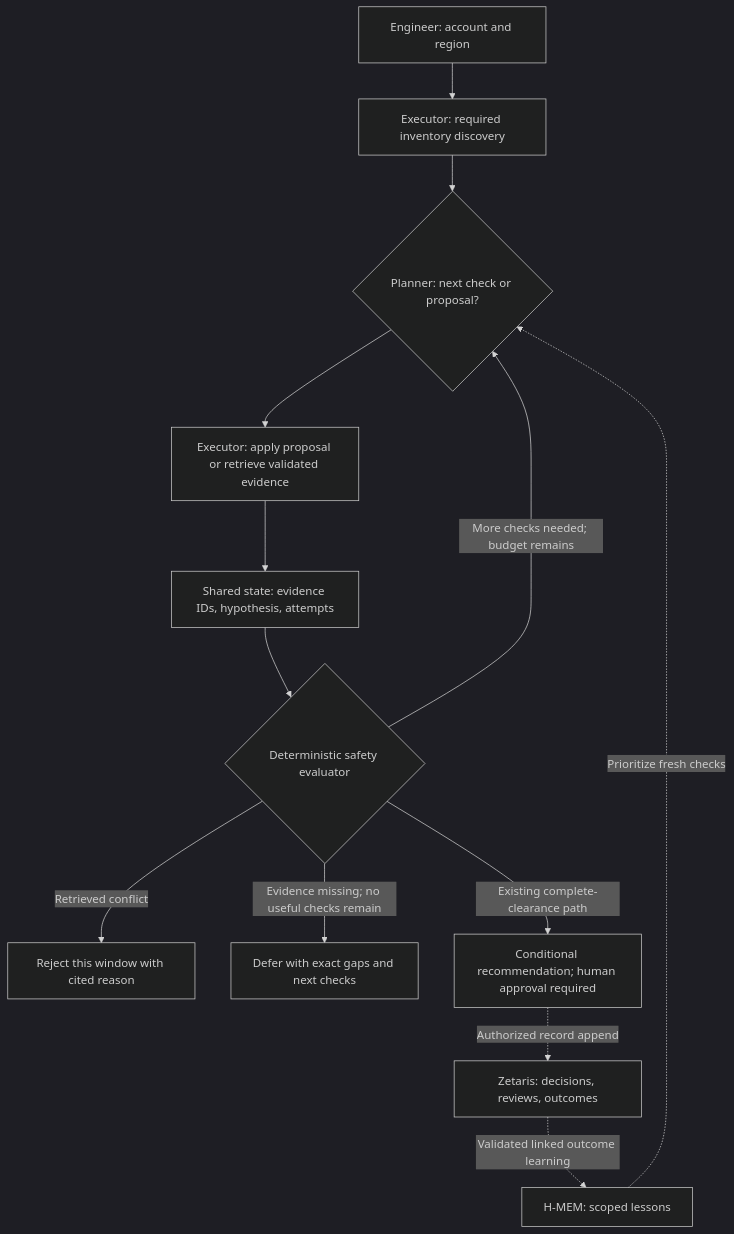
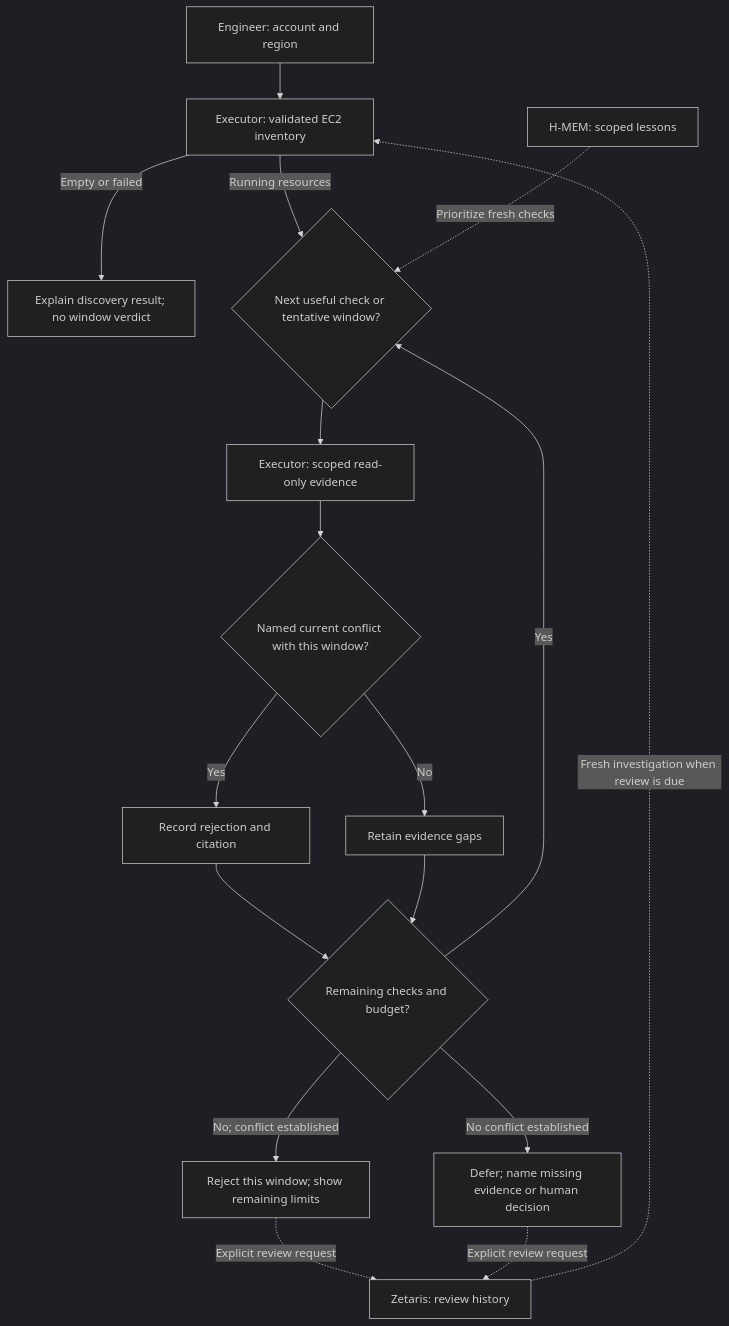
The diagram in slides.md (milaforge/cloud-cost-investigator), drawn with Mermaid (dark theme) before and after one commit. The commit also changed other lines of this file and 63 other files, not shown here.

Commit message:
fix: make CCI reject or defer with evidence

````diff
--- a/slides.md
+++ b/slides.md
@@ -55,15 +35,19 @@
 ```mermaid
 flowchart TD
-    U[Engineer: account and region] --> D[Executor: required inventory discovery]
-    D --> P{Planner: next check or proposal?}
-    P --> X[Executor: apply proposal or retrieve validated evidence]
-    X --> S[Shared state: evidence IDs, hypothesis, attempts]
-    S --> E{Deterministic safety evaluator}
-    E -->|More checks needed; budget remains| P
-    E -->|Retrieved conflict| R[Reject this window with cited reason]
-    E -->|Evidence missing; no useful checks remain| F[Defer with exact gaps and next checks]
-    E -->|Existing complete-clearance path| C[Conditional recommendation; human approval required]
+    U[Engineer: account and region] --> I[Executor: validated EC2 inventory]
+    I -->|Empty or failed| N[Explain discovery result; no window verdict]
+    I -->|Running resources| P{Next useful check or tentative window?}
+    P --> X[Executor: scoped read-only evidence]
+    X --> E{Named current conflict with this window?}
+    E -->|Yes| R[Record rejection and citation]
+    E -->|No| G[Retain evidence gaps]
+    R --> Q{Remaining checks and budget?}
+    G --> Q
+    Q -->|Yes| P
+    Q -->|No; conflict established| O[Reject this window; show remaining limits]
+    Q -->|No conflict established| D[Defer; name missing evidence or human decision]
     H[H-MEM: scoped lessons] -. Prioritize fresh checks .-> P
-    C -. Authorized record append .-> Z[Zetaris: decisions, reviews, outcomes]
-    Z -. Validated linked outcome learning .-> H
+    O -. Explicit review request .-> Z[Zetaris: review history]
+    D -. Explicit review request .-> Z
+    Z -. Fresh investigation when review is due .-> I
 ```
````
